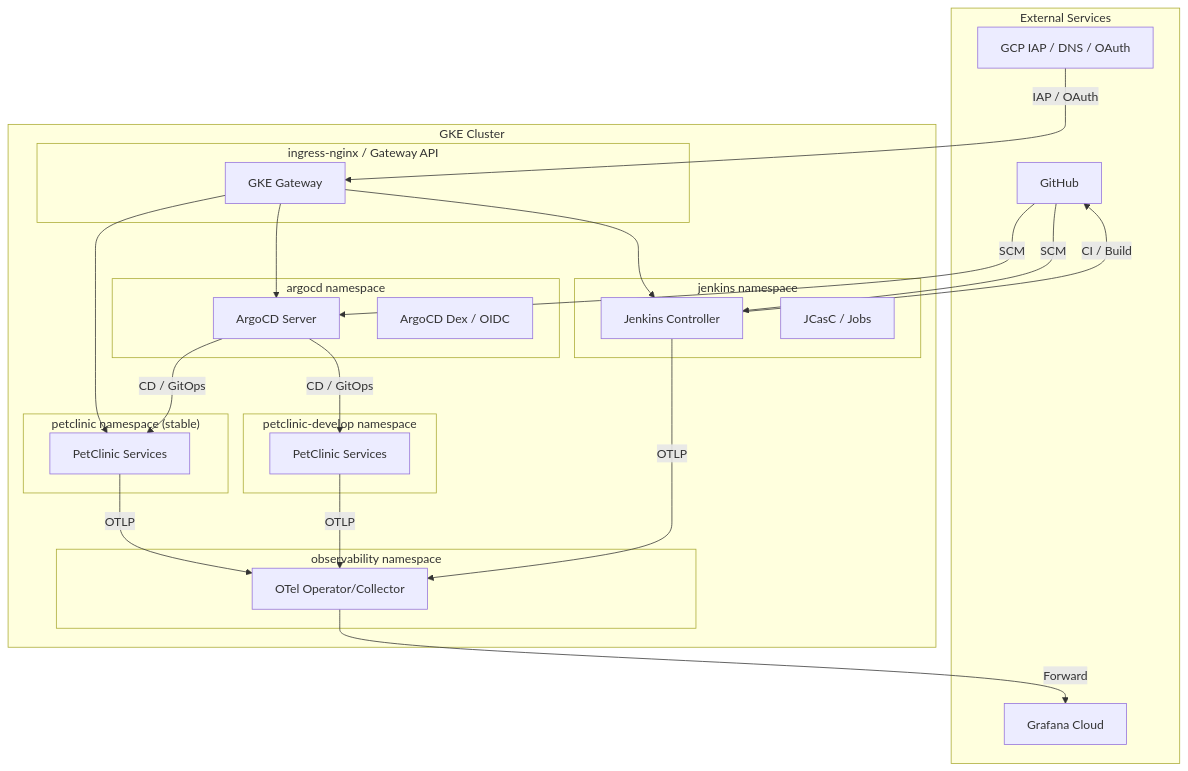
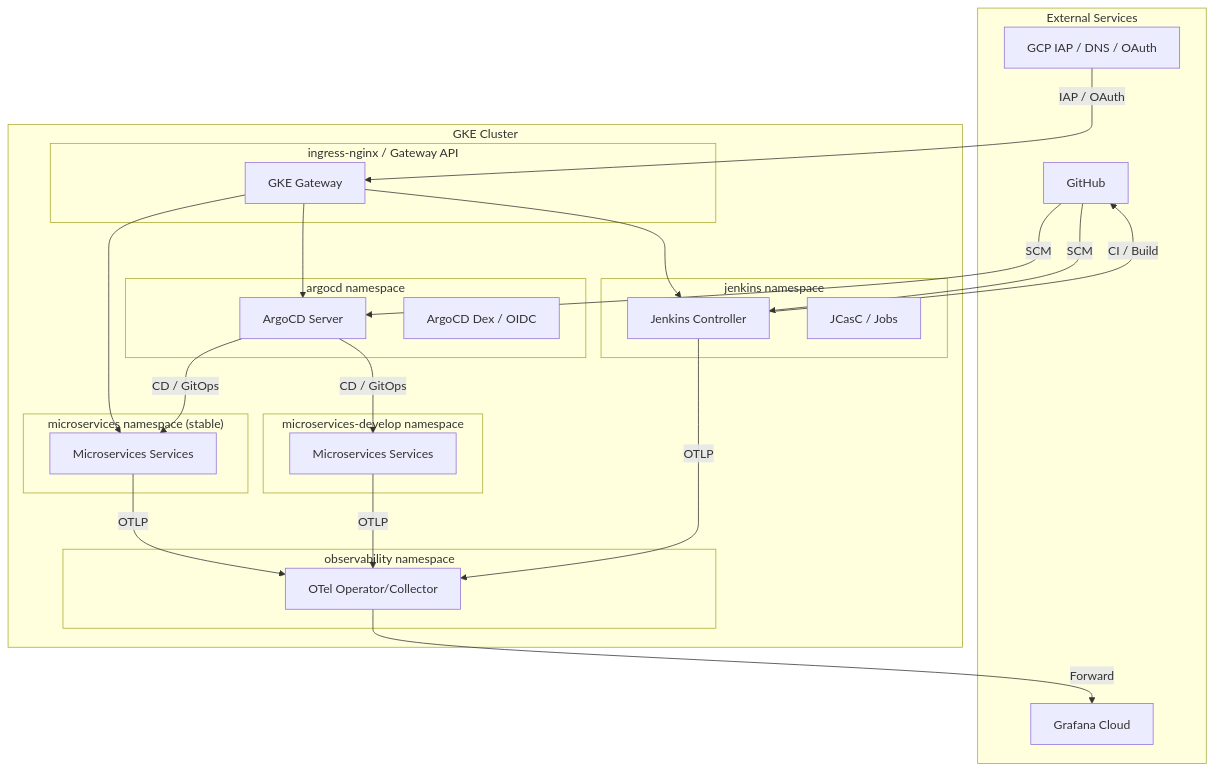
Before and after one commit to nubenetes/jenkins-2026: the first of 4 diagrams in README.md, drawn with Mermaid. The commit also changed other lines of this file and 1157 other files, not shown here.

````diff
--- a/README.md
+++ b/README.md
@@ -99,50 +99,50 @@
 ```mermaid
 graph TB
     subgraph "External Services"
         GH[GitHub]
         GC[Grafana Cloud]
         GCP[GCP IAP / DNS / OAuth]
     end
 
     subgraph "GKE Cluster"
         subgraph "ingress-nginx / Gateway API"
             GW[GKE Gateway]
         end
 
         subgraph "jenkins namespace"
             J[Jenkins Controller]
             JC[JCasC / Jobs]
         end
 
         subgraph "argocd namespace"
             ACD[ArgoCD Server]
             DEX[ArgoCD Dex / OIDC]
         end
 
         subgraph "observability namespace"
             OTEL[OTel Operator/Collector]
         end
 
-        subgraph "petclinic namespace (stable)"
-            PCS[PetClinic Services]
+        subgraph "microservices namespace (stable)"
+            PCS[Microservices Services]
         end
 
-        subgraph "petclinic-develop namespace"
-            PCD[PetClinic Services]
+        subgraph "microservices-develop namespace"
+            PCD[Microservices Services]
         end
     end
 
     GH -->|SCM| J
     GH -->|SCM| ACD
     GCP -->|IAP / OAuth| GW
     GW --> J
     GW --> ACD
     GW --> PCS
     J -->|CI / Build| GH
     ACD -->|CD / GitOps| PCS
     ACD -->|CD / GitOps| PCD
     PCS -->|OTLP| OTEL
     PCD -->|OTLP| OTEL
     J -->|OTLP| OTEL
     OTEL -->|Forward| GC
 ```
````
